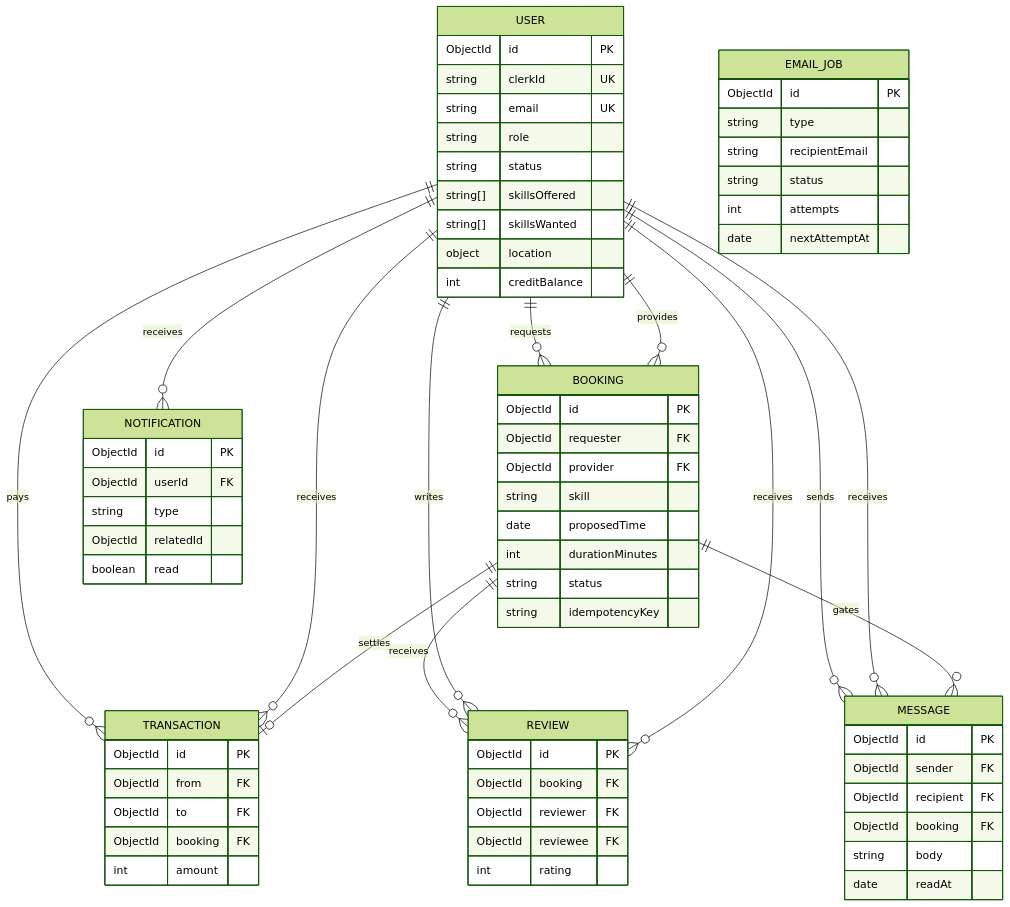
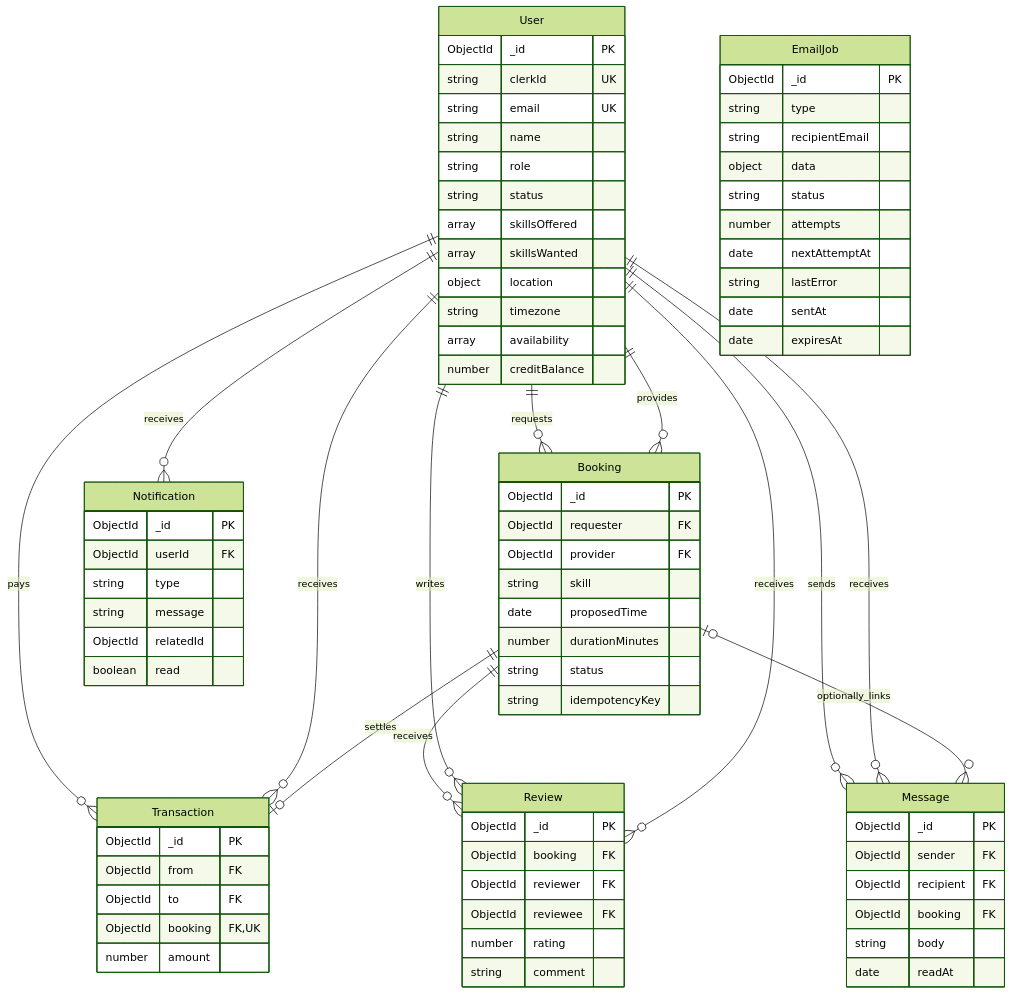
Before and after one commit to eeemrann/skillswap: the fourth of 4 diagrams in README.md, drawn with Mermaid (forest theme). The commit also changed other lines of this file and 1 other file, not shown here.

````diff
--- a/README.md
+++ b/README.md
@@ -176,74 +155,83 @@
 ```mermaid
 erDiagram
-    USER ||--o{ BOOKING : requests
-    USER ||--o{ BOOKING : provides
-    USER ||--o{ TRANSACTION : pays
-    USER ||--o{ TRANSACTION : receives
-    BOOKING ||--o| TRANSACTION : settles
-    BOOKING ||--o{ REVIEW : receives
-    USER ||--o{ REVIEW : writes
-    USER ||--o{ REVIEW : receives
-    USER ||--o{ MESSAGE : sends
-    USER ||--o{ MESSAGE : receives
-    BOOKING ||--o{ MESSAGE : gates
-    USER ||--o{ NOTIFICATION : receives
+    User ||--o{ Booking : requests
+    User ||--o{ Booking : provides
+    User ||--o{ Transaction : pays
+    User ||--o{ Transaction : receives
+    Booking ||--o| Transaction : settles
+    Booking ||--o{ Review : receives
+    User ||--o{ Review : writes
+    User ||--o{ Review : receives
+    User ||--o{ Message : sends
+    User ||--o{ Message : receives
+    Booking o|--o{ Message : optionally_links
+    User ||--o{ Notification : receives
 
-    USER {
-        ObjectId id PK
+    User {
+        ObjectId _id PK
         string clerkId UK
         string email UK
+        string name
         string role
         string status
-        string[] skillsOffered
-        string[] skillsWanted
+        array skillsOffered
+        array skillsWanted
         object location
-        int creditBalance
+        string timezone
+        array availability
+        number creditBalance
     }
-    BOOKING {
-        ObjectId id PK
+    Booking {
+        ObjectId _id PK
         ObjectId requester FK
         ObjectId provider FK
         string skill
         date proposedTime
-        int durationMinutes
+        number durationMinutes
         string status
         string idempotencyKey
     }
-    TRANSACTION {
-        ObjectId id PK
+    Transaction {
+        ObjectId _id PK
         ObjectId from FK
         ObjectId to FK
-        ObjectId booking FK
-        int amount
+        ObjectId booking FK, UK
+        number amount
     }
-    REVIEW {
-        ObjectId id PK
+    Review {
+        ObjectId _id PK
         ObjectId booking FK
         ObjectId reviewer FK
         ObjectId reviewee FK
-        int rating
+        number rating
+        string comment
     }
-    MESSAGE {
-        ObjectId id PK
+    Message {
+        ObjectId _id PK
         ObjectId sender FK
         ObjectId recipient FK
         ObjectId booking FK
         string body
         date readAt
     }
-    NOTIFICATION {
-        ObjectId id PK
+    Notification {
+        ObjectId _id PK
         ObjectId userId FK
         string type
+        string message
         ObjectId relatedId
         boolean read
     }
-    EMAIL_JOB {
-        ObjectId id PK
+    EmailJob {
+        ObjectId _id PK
         string type
         string recipientEmail
+        object data
         string status
-        int attempts
+        number attempts
         date nextAttemptAt
+        string lastError
+        date sentAt
+        date expiresAt
     }
 ```
````
